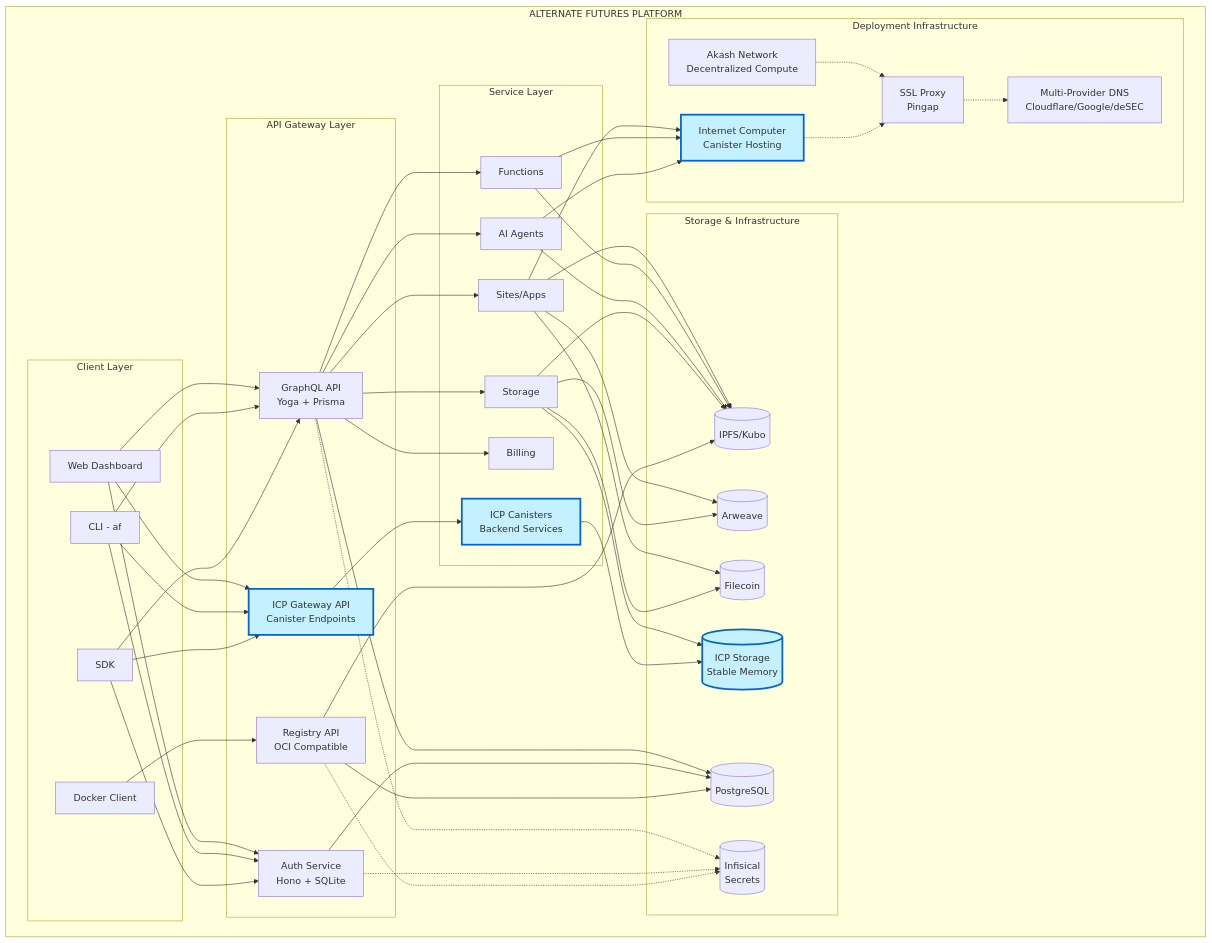
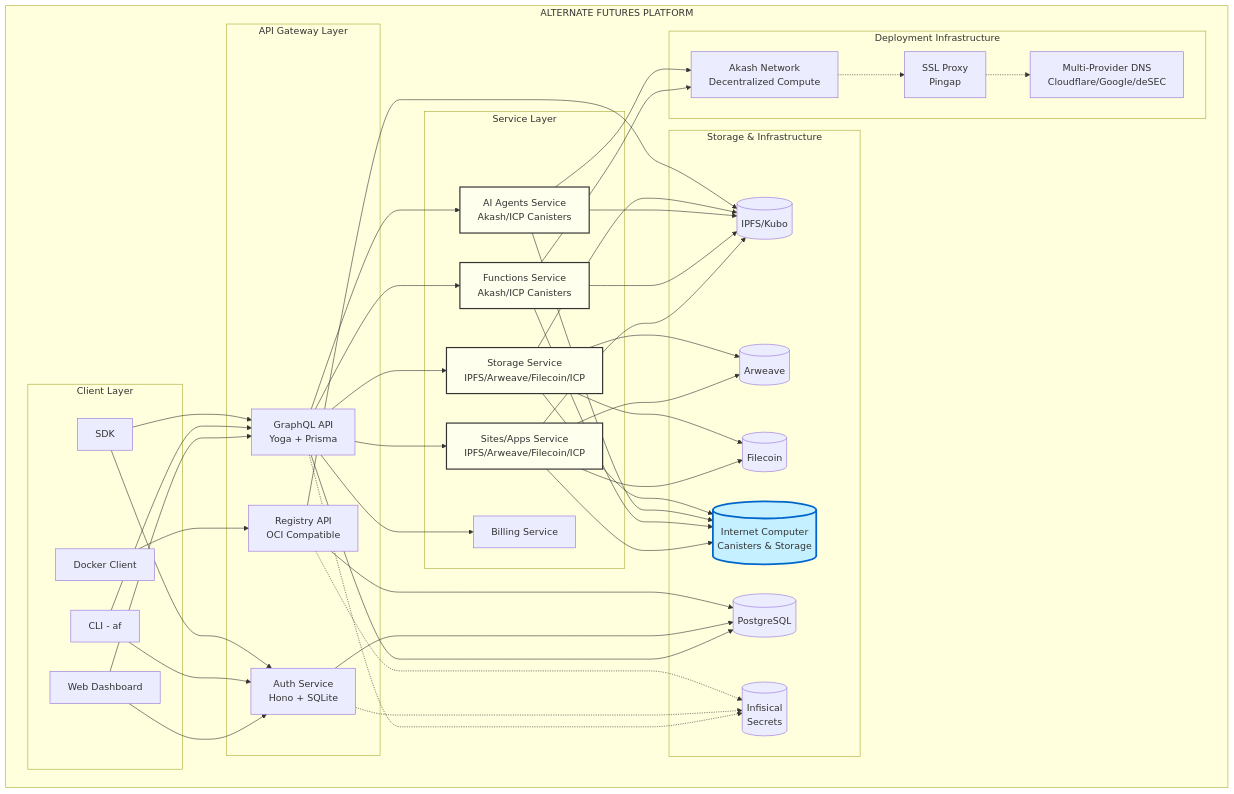
Before and after one commit to alternatefutures/.github: the first of 13 diagrams in TECHNICAL_ARCHITECTURE.md, drawn with Mermaid. The commit also changed other lines of this file, not shown here.

First line of the commit message:
Refactor ICP integration as deployment target option

````diff
--- a/TECHNICAL_ARCHITECTURE.md
+++ b/TECHNICAL_ARCHITECTURE.md
@@ -45,16 +45,14 @@
             GraphQL[GraphQL API<br/>Yoga + Prisma]
             Auth[Auth Service<br/>Hono + SQLite]
             Registry[Registry API<br/>OCI Compatible]
-            ICPGateway[ICP Gateway API<br/>Canister Endpoints]
         end
         
         subgraph "Service Layer"
-            Sites[Sites/Apps]
-            Functions[Functions]
-            Agents[AI Agents]
-            Storage[Storage]
-            Billing[Billing]
-            ICPCanisters[ICP Canisters<br/>Backend Services]
+            Sites[Sites/Apps Service<br/>IPFS/Arweave/Filecoin/ICP]
+            Functions[Functions Service<br/>Akash/ICP Canisters]
+            Agents[AI Agents Service<br/>Akash/ICP Canisters]
+            Storage[Storage Service<br/>IPFS/Arweave/Filecoin/ICP]
+            Billing[Billing Service]
         end
         
         subgraph "Storage & Infrastructure"
@@ -62,13 +60,12 @@
             IPFS[(IPFS/Kubo)]
             Arweave[(Arweave)]
             Filecoin[(Filecoin)]
+            ICPNetwork[(Internet Computer<br/>Canisters & Storage)]
             Secrets[(Infisical<br/>Secrets)]
-            ICPStorage[(ICP Storage<br/>Stable Memory)]
         end
         
         subgraph "Deployment Infrastructure"
             Akash[Akash Network<br/>Decentralized Compute]
-            ICP[Internet Computer<br/>Canister Hosting]
             Proxy[SSL Proxy<br/>Pingap]
             DNS[Multi-Provider DNS<br/>Cloudflare/Google/deSEC]
         end
@@ -83,37 +80,34 @@
     CLI --> Auth
     SDK --> Auth
     
-    WebDash --> ICPGateway
-    CLI --> ICPGateway
-    SDK --> ICPGateway
-    
     GraphQL --> Sites
     GraphQL --> Functions
     GraphQL --> Agents
     GraphQL --> Storage
     GraphQL --> Billing
     
-    ICPGateway --> ICPCanisters
-    
     Sites --> IPFS
     Sites --> Arweave
     Sites --> Filecoin
-    Sites --> ICP
+    Sites --> ICPNetwork
+    
     Functions --> IPFS
-    Functions --> ICP
+    Functions --> ICPNetwork
+    Functions --> Akash
+    
     Agents --> IPFS
-    Agents --> ICP
+    Agents --> ICPNetwork
+    Agents --> Akash
+    
     Storage --> IPFS
     Storage --> Arweave
     Storage --> Filecoin
-    Storage --> ICPStorage
+    Storage --> ICPNetwork
     
     GraphQL --> Postgres
     Auth --> Postgres
     Registry --> Postgres
     Registry --> IPFS
-    
-    ICPCanisters --> ICPStorage
     
     GraphQL -.-> Secrets
     Auth -.-> Secrets
@@ -121,10 +115,10 @@
     
     Proxy -.-> DNS
     Akash -.-> Proxy
-    ICP -.-> Proxy
     
-    style ICPGateway fill:#c5f0ff,stroke:#0066cc,stroke-width:3px
-    style ICPCanisters fill:#c5f0ff,stroke:#0066cc,stroke-width:3px
-    style ICPStorage fill:#c5f0ff,stroke:#0066cc,stroke-width:3px
-    style ICP fill:#c5f0ff,stroke:#0066cc,stroke-width:3px
+    style ICPNetwork fill:#c5f0ff,stroke:#0066cc,stroke-width:3px
+    style Sites fill:#ffe,stroke:#333,stroke-width:2px
+    style Functions fill:#ffe,stroke:#333,stroke-width:2px
+    style Agents fill:#ffe,stroke:#333,stroke-width:2px
+    style Storage fill:#ffe,stroke:#333,stroke-width:2px
 ```
````
